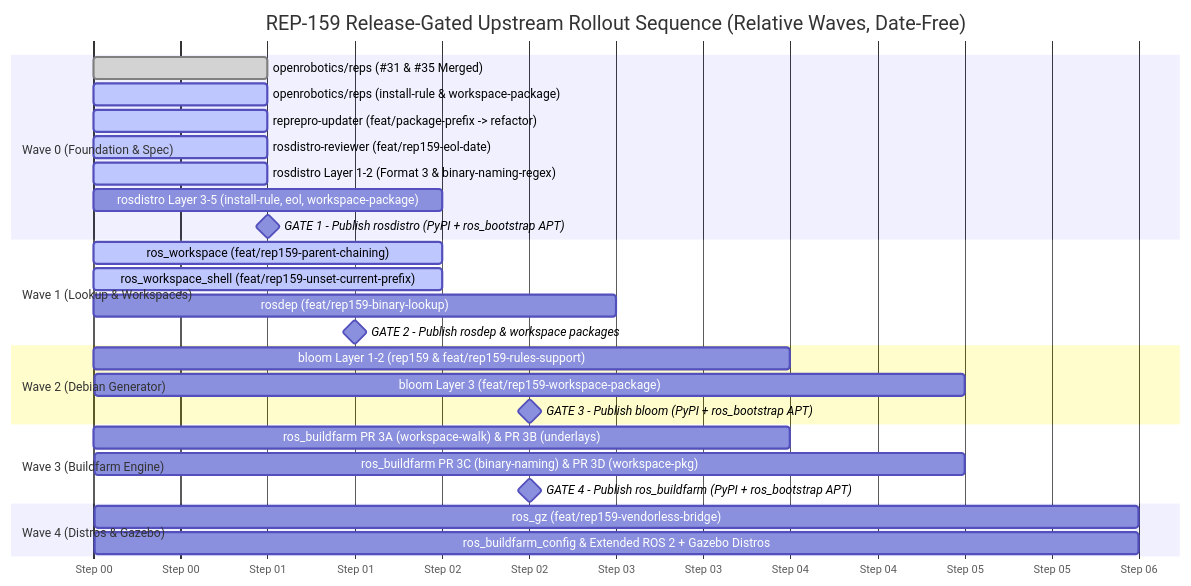
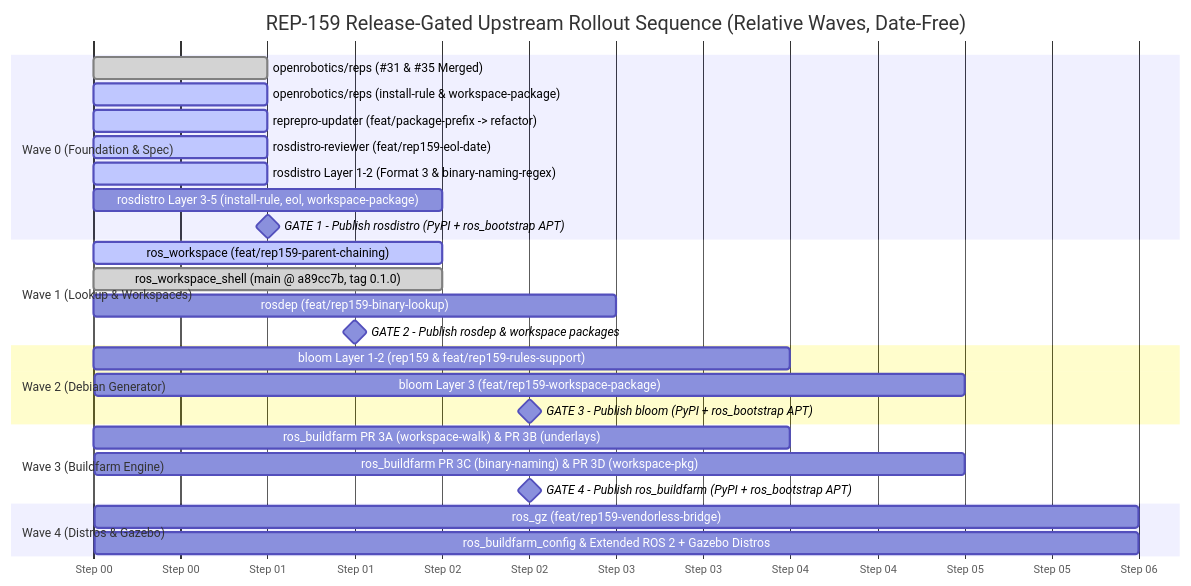
One commit to KmoM88/rep159-testing changed the second of 3 diagrams in ROLLOUT_PLAN.md. Above: the diagram before and after it, drawn with Mermaid. The commit also changed other lines of this file and 15 other files, not shown here.

Commit message:
Document review resolutions, switch ros_workspace_shell to main, and checkout Stage 6

````diff
--- a/ROLLOUT_PLAN.md
+++ b/ROLLOUT_PLAN.md
@@ -75,36 +75,36 @@
 ```mermaid
 gantt
     title REP-159 Release-Gated Upstream Rollout Sequence (Relative Waves, Date-Free)
     dateFormat X
     axisFormat Step %S
     todayMarker off
 
     section Wave 0 (Foundation & Spec)
     openrobotics/reps (#31 & #35 Merged)                        :done, reps_merged, 0, 1
     openrobotics/reps (install-rule & workspace-package)        :active, reps_spec, 0, 1
     reprepro-updater (feat/package-prefix -> refactor)          :active, reprepro, 0, 1
     rosdistro-reviewer (feat/rep159-eol-date)                   :active, reviewer, 0, 1
     rosdistro Layer 1-2 (Format 3 & binary-naming-regex)        :active, rd_l12, 0, 1
     rosdistro Layer 3-5 (install-rule, eol, workspace-package)  :rd_l35, 1, 2
     GATE 1 - Publish rosdistro (PyPI + ros_bootstrap APT)       :milestone, gate1, 2, 2
 
     section Wave 1 (Lookup & Workspaces)
     ros_workspace (feat/rep159-parent-chaining)                 :active, ws, 0, 2
-    ros_workspace_shell (feat/rep159-unset-current-prefix)      :active, wss, 0, 2
+    ros_workspace_shell (main @ a89cc7b, tag 0.1.0)             :done, wss, 0, 2
     rosdep (feat/rep159-binary-lookup)                          :rosdep, 2, 3
     GATE 2 - Publish rosdep & workspace packages                :milestone, gate2, 3, 3
 
     section Wave 2 (Debian Generator)
     bloom Layer 1-2 (rep159 & feat/rep159-rules-support)        :bloom12, 3, 4
     bloom Layer 3 (feat/rep159-workspace-package)               :bloom3, 4, 5
     GATE 3 - Publish bloom (PyPI + ros_bootstrap APT)           :milestone, gate3, 5, 5
 
     section Wave 3 (Buildfarm Engine)
     ros_buildfarm PR 3A (workspace-walk) & PR 3B (underlays)    :bf_ab, 3, 4
     ros_buildfarm PR 3C (binary-naming) & PR 3D (workspace-pkg) :bf_cd, 4, 5
     GATE 4 - Publish ros_buildfarm (PyPI + ros_bootstrap APT)   :milestone, gate4, 5, 5
 
     section Wave 4 (Distros & Gazebo)
     ros_gz (feat/rep159-vendorless-bridge)                      :rosgz, 5, 6
     ros_buildfarm_config & Extended ROS 2 + Gazebo Distros      :config, 5, 6
 ```
````
